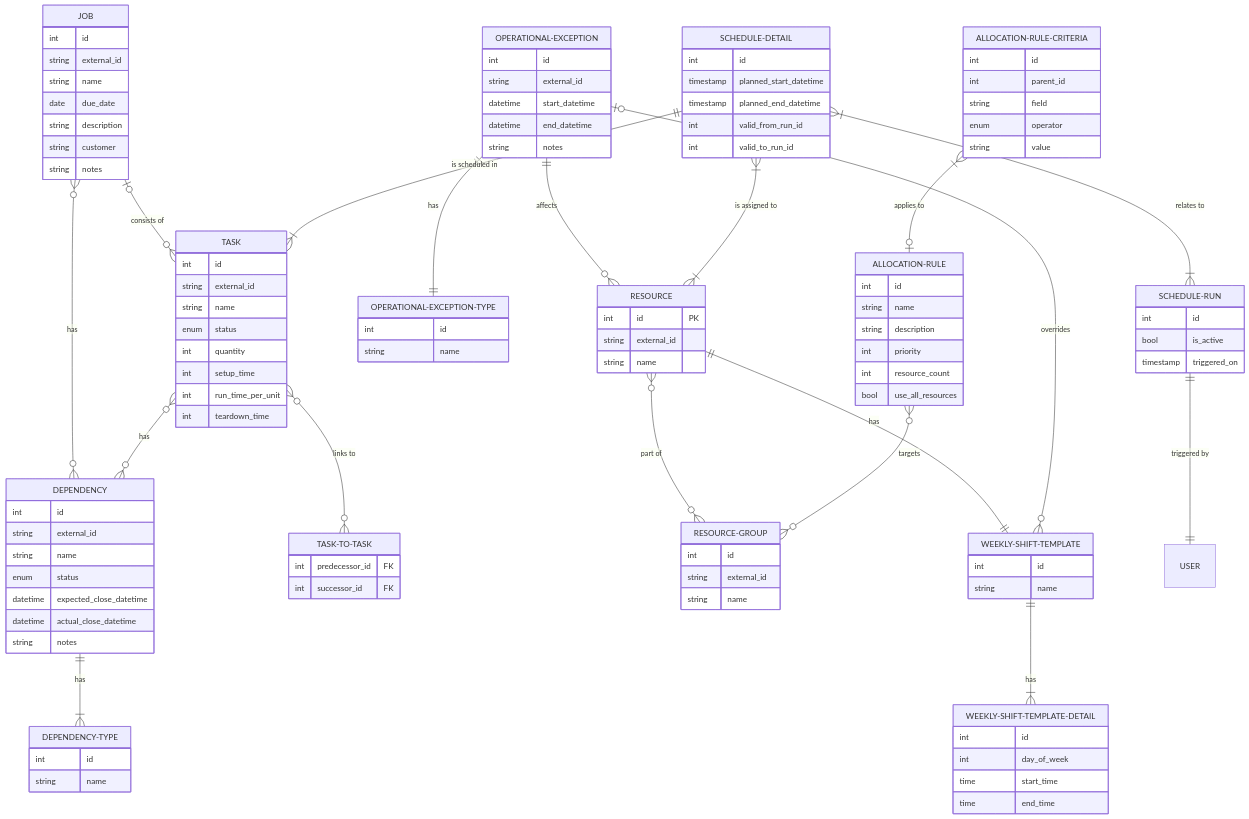
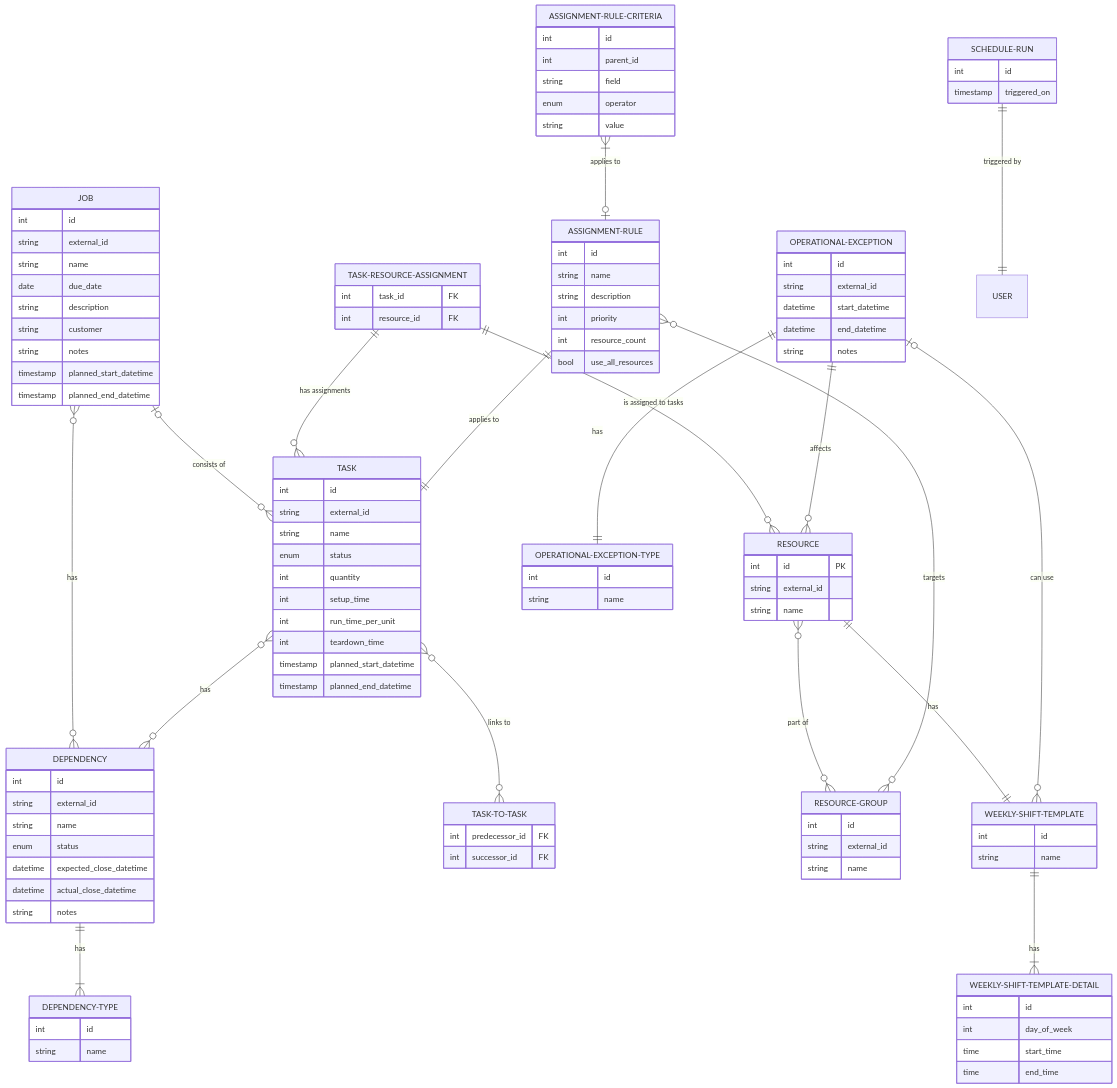
One commit to factryflow/factryflow-archive changed the diagram in docs/er-diagram.md. Above: the diagram before and after it, drawn with Mermaid.

````diff
--- a/docs/er-diagram.md
+++ b/docs/er-diagram.md
@@ -3,5 +3,4 @@
 ``` mermaid
-
 erDiagram
     JOB |o--o{ TASK : "consists of"
     JOB }o--o{ DEPENDENCY: "has"
@@ -13,6 +12,8 @@
         string description
         string customer
         string notes
+        timestamp planned_start_datetime
+        timestamp planned_end_datetime
     }
     TASK }o--o{ DEPENDENCY : "has"
     TASK }o--o{ TASK-TO-TASK : "links to"
@@ -25,7 +26,17 @@
         int setup_time
         int run_time_per_unit
         int teardown_time
+        timestamp planned_start_datetime
+        timestamp planned_end_datetime
     }
+
+    TASK-RESOURCE-ASSIGNMENT || -- o{ TASK : "has assignments"
+    TASK-RESOURCE-ASSIGNMENT || -- o{ RESOURCE : "is assigned to tasks"
+    TASK-RESOURCE-ASSIGNMENT {
+        int task_id FK
+        int resource_id FK
+    }
+
     TASK-TO-TASK {
         int predecessor_id FK
         int successor_id FK
@@ -38,6 +49,7 @@
         string external_id
         string name
     }
+
     RESOURCE-GROUP {
         int id
         string external_id
@@ -72,7 +84,7 @@
     }
 
     OPERATIONAL-EXCEPTION ||--o{ RESOURCE: "affects"
-    OPERATIONAL-EXCEPTION |o--o{ WEEKLY-SHIFT-TEMPLATE: "overrides"
+    OPERATIONAL-EXCEPTION |o--o{ WEEKLY-SHIFT-TEMPLATE: "can use"
     OPERATIONAL-EXCEPTION ||--|| OPERATIONAL-EXCEPTION-TYPE: "has"
     OPERATIONAL-EXCEPTION {
         int id
@@ -87,8 +99,9 @@
         string name
     }
 
-    ALLOCATION-RULE }o--o{ RESOURCE-GROUP: "targets"
-    ALLOCATION-RULE {
+    ASSIGNMENT-RULE }o--o{ RESOURCE-GROUP: "targets"
+    ASSIGNMENT-RULE || -- || TASK: "applies to"
+    ASSIGNMENT-RULE {
         int id
         string name
         string description
@@ -97,8 +110,8 @@
         bool use_all_resources
     }
 
-    ALLOCATION-RULE-CRITERIA }| -- o| ALLOCATION-RULE: "applies to"
-    ALLOCATION-RULE-CRITERIA {
+    ASSIGNMENT-RULE-CRITERIA }| -- o| ASSIGNMENT-RULE: "applies to"
+    ASSIGNMENT-RULE-CRITERIA {
         int id
         int parent_id
         string field
@@ -109,18 +122,6 @@
     SCHEDULE-RUN || -- || USER: "triggered by"
     SCHEDULE-RUN {
         int id
-        bool is_active
         timestamp triggered_on
     }
-
-    SCHEDULE-DETAIL }| -- |{ SCHEDULE-RUN: "relates to"
-    SCHEDULE-DETAIL || -- |{ TASK: "is scheduled in"
-    SCHEDULE-DETAIL }| -- |{ RESOURCE: "is assigned to"
-    SCHEDULE-DETAIL {
-        int id
-        timestamp planned_start_datetime
-        timestamp planned_end_datetime
-        int valid_from_run_id
-        int valid_to_run_id
-    }
 ```
````
